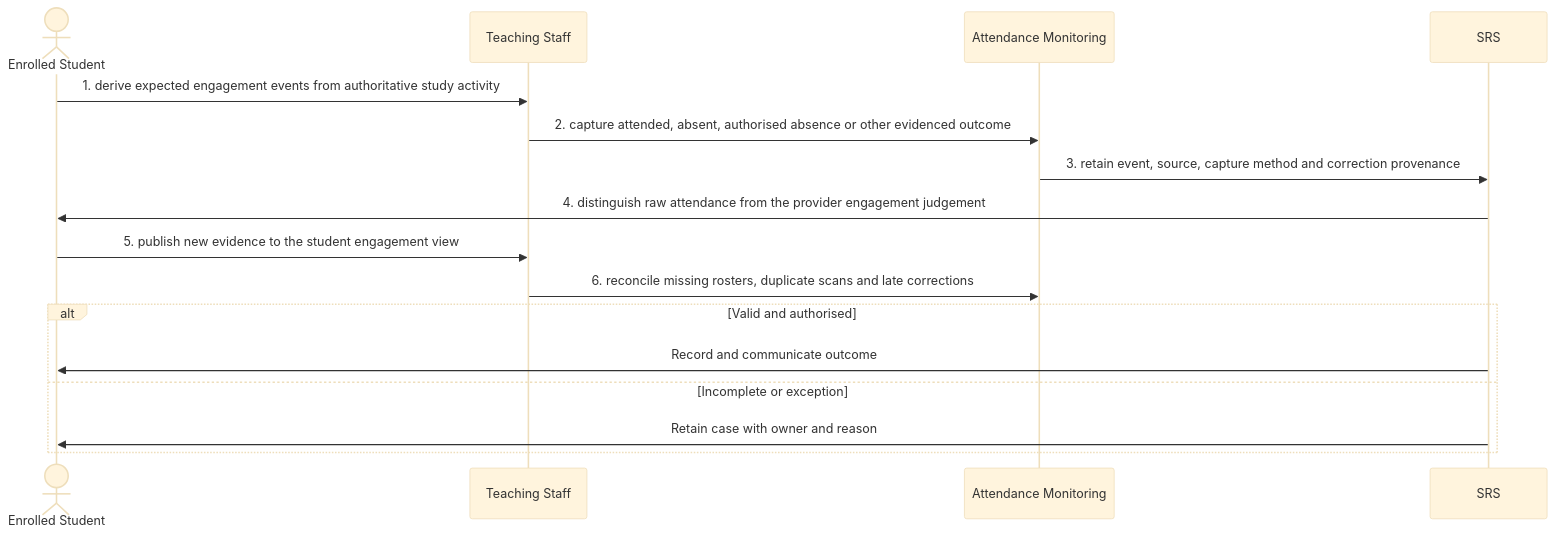
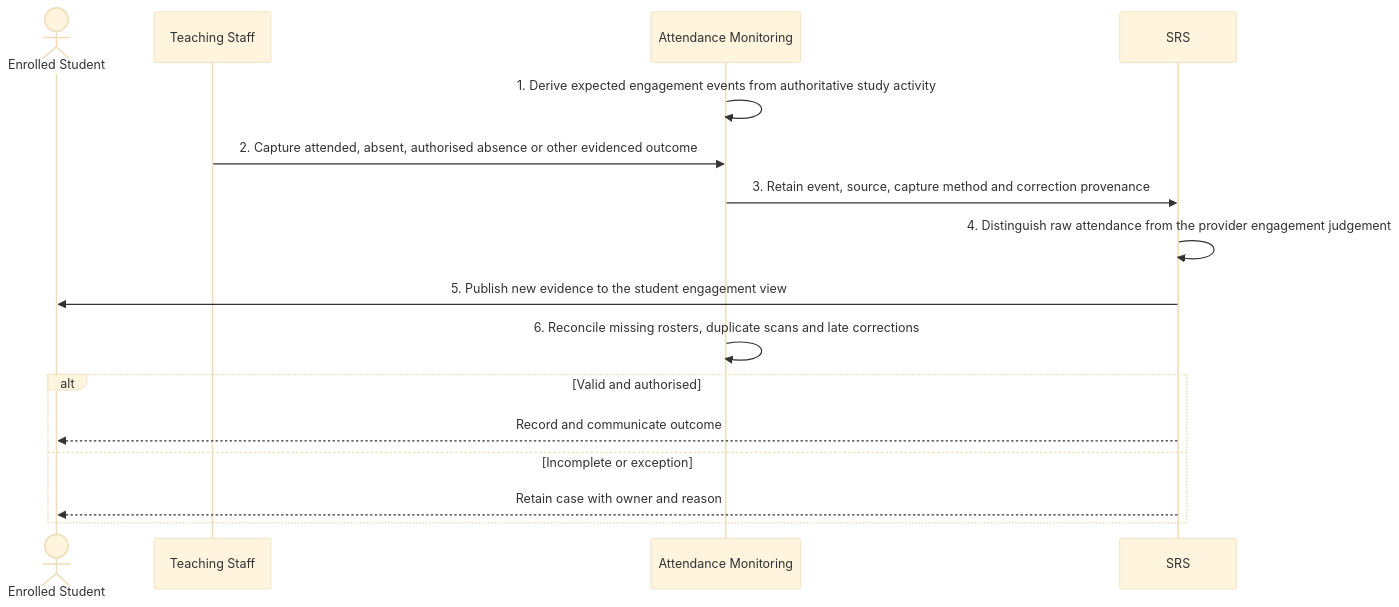
One commit to RevelationCore/Revelation-SRS changed the diagram in docs/business-processes/04-learning-engagement-and-support/bp-04-001-record-attendance-and-academic-engagement-evidence.md. Above: the diagram before and after it, drawn with Mermaid (base theme). The commit also changed other lines of this file and 96 other files, not shown here.

````diff
--- a/docs/business-processes/04-learning-engagement-and-support/bp-04-001-record-attendance-and-academic-engagement-evidence.md
+++ b/docs/business-processes/04-learning-engagement-and-support/bp-04-001-record-attendance-and-academic-engagement-evidence.md
@@ -158,18 +158,19 @@
 ```mermaid
 sequenceDiagram
-    actor A1 as Enrolled Student
-    participant A2 as Teaching Staff
-    participant A3 as Attendance Monitoring
-    participant A4 as SRS
-    A1->>A2: 1. derive expected engagement events from authoritative study activity
-    A2->>A3: 2. capture attended, absent, authorised absence or other evidenced outcome
-    A3->>A4: 3. retain event, source, capture method and correction provenance
-    A4->>A1: 4. distinguish raw attendance from the provider engagement judgement
-    A1->>A2: 5. publish new evidence to the student engagement view
-    A2->>A3: 6. reconcile missing rosters, duplicate scans and late corrections
+    actor Student as Enrolled Student
+    participant Teaching as Teaching Staff
+    participant AttMon as Attendance Monitoring
+    participant SRS
+
+    AttMon->>AttMon: 1. Derive expected engagement events from authoritative study activity
+    Teaching->>AttMon: 2. Capture attended, absent, authorised absence or other evidenced outcome
+    AttMon->>SRS: 3. Retain event, source, capture method and correction provenance
+    SRS->>SRS: 4. Distinguish raw attendance from the provider engagement judgement
+    SRS->>Student: 5. Publish new evidence to the student engagement view
+    AttMon->>AttMon: 6. Reconcile missing rosters, duplicate scans and late corrections
     alt Valid and authorised
-        A4->>A1: Record and communicate outcome
+        SRS-->>Student: Record and communicate outcome
     else Incomplete or exception
-        A4->>A1: Retain case with owner and reason
+        SRS-->>Student: Retain case with owner and reason
     end
 ```
````
